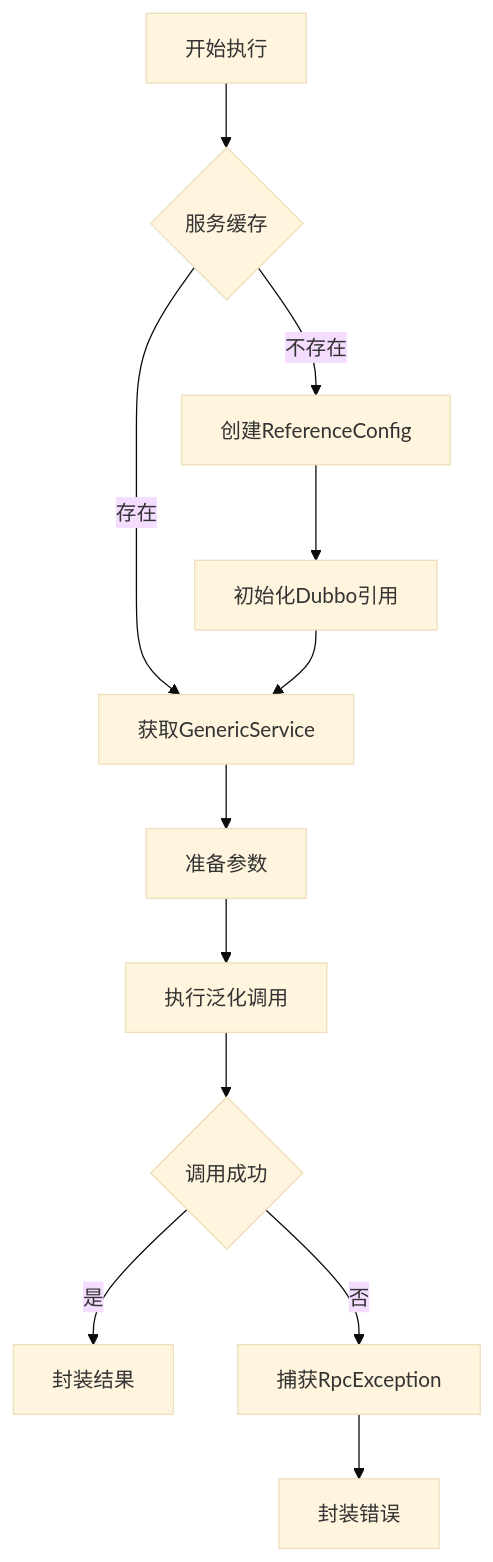
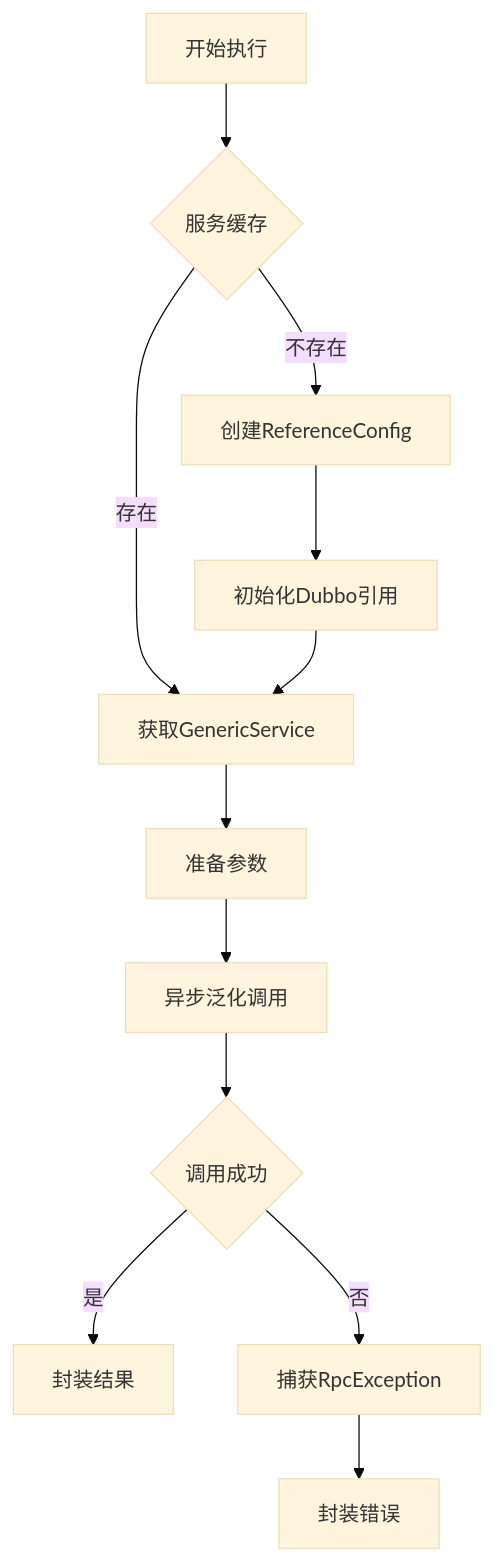
One commit to 1973034392/api-gateway-codelong changed the fifth of 8 diagrams in docs/项目文档/核心服务/2. 请求处理的整个流程.md. Above: the diagram before and after it, drawn with Mermaid (base theme). The commit also changed other lines of this file and 69 other files, not shown here.

````diff
--- a/docs/项目文档/核心服务/2. 请求处理的整个流程.md
+++ b/docs/项目文档/核心服务/2. 请求处理的整个流程.md
@@ -663,14 +799,14 @@
 ```mermaid
 graph TD
     A[开始执行] --> B{服务缓存}
     B -->|存在| C[获取GenericService]
     B -->|不存在| D[创建ReferenceConfig]
     D --> E[初始化Dubbo引用]
     E --> C
     C --> F[准备参数]
-    F --> G[执行泛化调用]
+    F --> G[异步泛化调用]
     G --> H{调用成功}
     H -->|是| I[封装结果]
     H -->|否| J[捕获RpcException]
     J --> K[封装错误]
 ```
````
